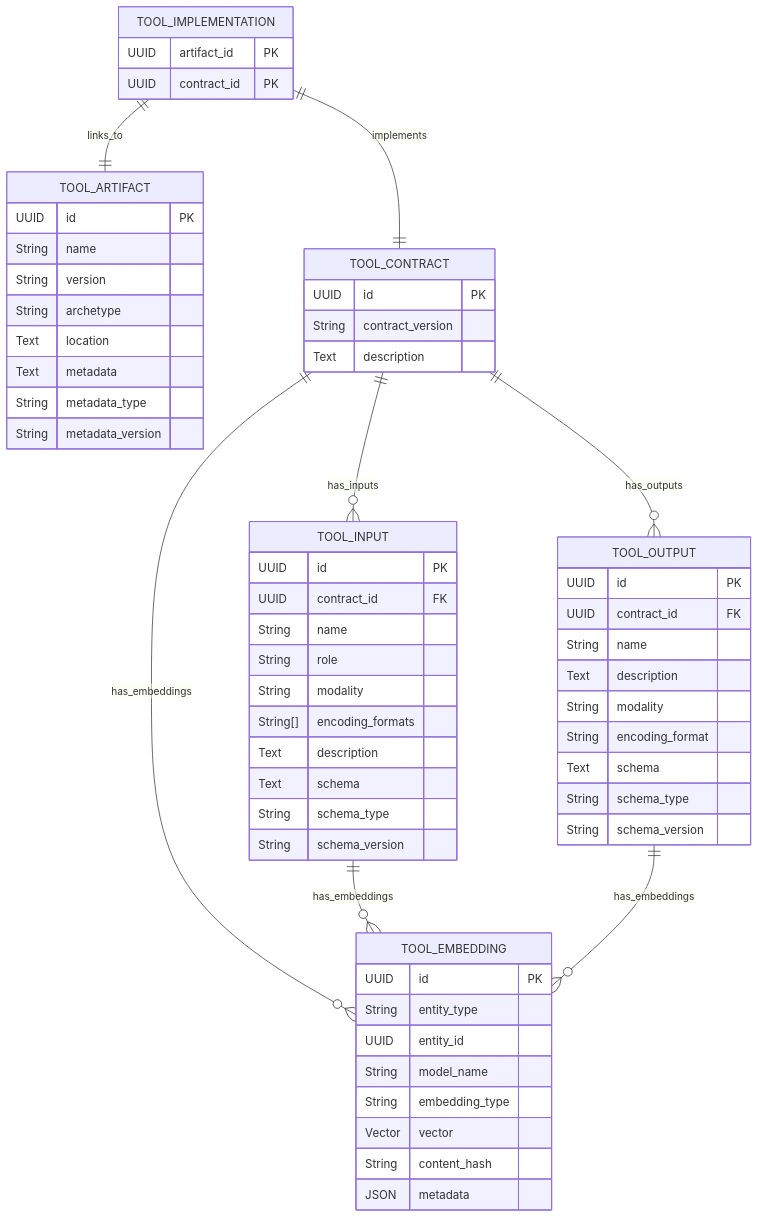
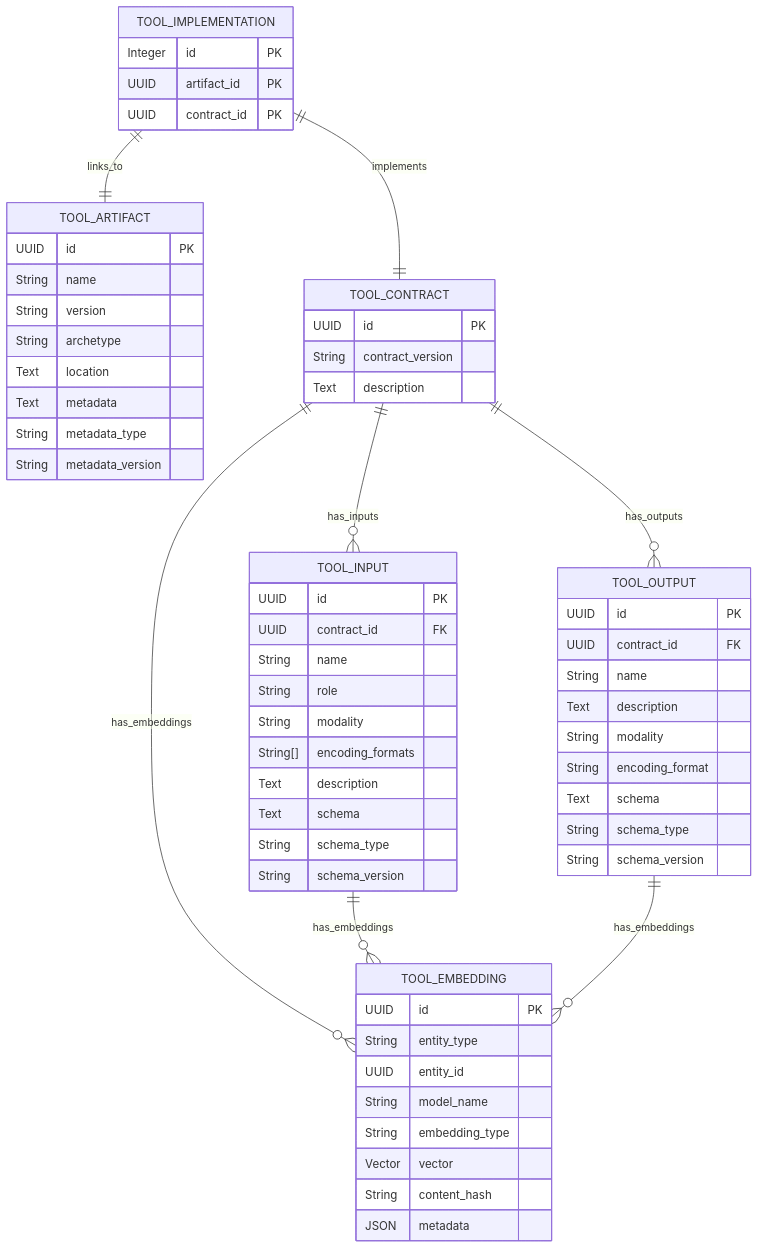
The diagram in README.md (EOSC-Data-Commons/toolmeta-models), drawn with Mermaid before and after one commit.

Commit message:
Update models

````diff
--- a/README.md
+++ b/README.md
@@ -6,73 +6,74 @@
 ```mermaid
 erDiagram
     %% Root table
     TOOL_IMPLEMENTATION {
+        Integer id PK
         UUID artifact_id PK
         UUID contract_id PK
     }
     
     %% Artefact table
    TOOL_ARTIFACT {
         UUID id PK
         String name
         String version
         String archetype
         Text location
         Text metadata
         String metadata_type
         String metadata_version
     }
     
     %% Tool contract table
     TOOL_CONTRACT {
         UUID id PK
         String contract_version
         Text description
     }
 
     TOOL_EMBEDDING {
         UUID id PK
         String entity_type
         UUID entity_id 
         String model_name
         String embedding_type
         Vector vector
         String content_hash
         JSON metadata
     }
     
     %% Inputs and outputs
     TOOL_INPUT {
         UUID id PK
         UUID contract_id FK
         String name
         String role
         String modality
         String[] encoding_formats
         Text description
         Text schema
         String schema_type
         String schema_version
     }
     
     TOOL_OUTPUT {
         UUID id PK
         UUID contract_id FK
         String name
         Text description
         String modality
         String encoding_format
         Text schema
         String schema_type
         String schema_version
     }
     
     %% Relationships
     TOOL_IMPLEMENTATION ||--|| TOOL_ARTIFACT : links_to
     TOOL_IMPLEMENTATION ||--|| TOOL_CONTRACT : implements
     TOOL_CONTRACT ||--o{ TOOL_EMBEDDING : has_embeddings
     TOOL_INPUT ||--o{ TOOL_EMBEDDING : has_embeddings
     TOOL_OUTPUT ||--o{ TOOL_EMBEDDING : has_embeddings
     TOOL_CONTRACT ||--o{ TOOL_INPUT : has_inputs
     TOOL_CONTRACT ||--o{ TOOL_OUTPUT : has_outputs
 ```
````
